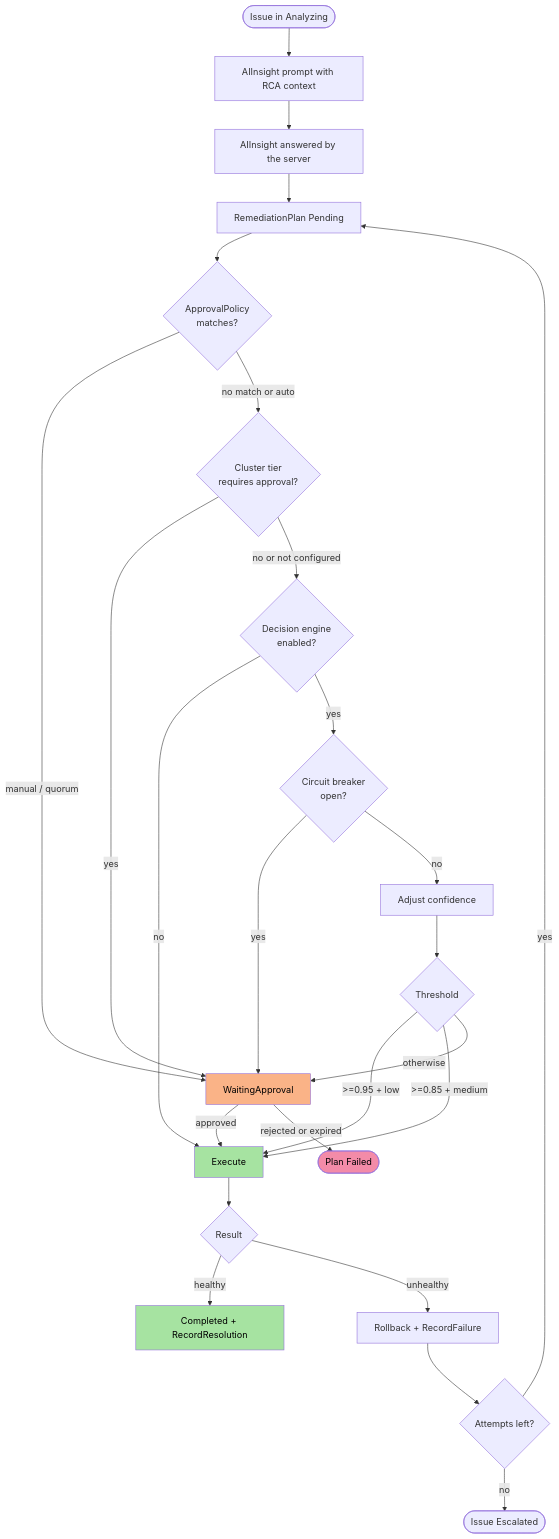
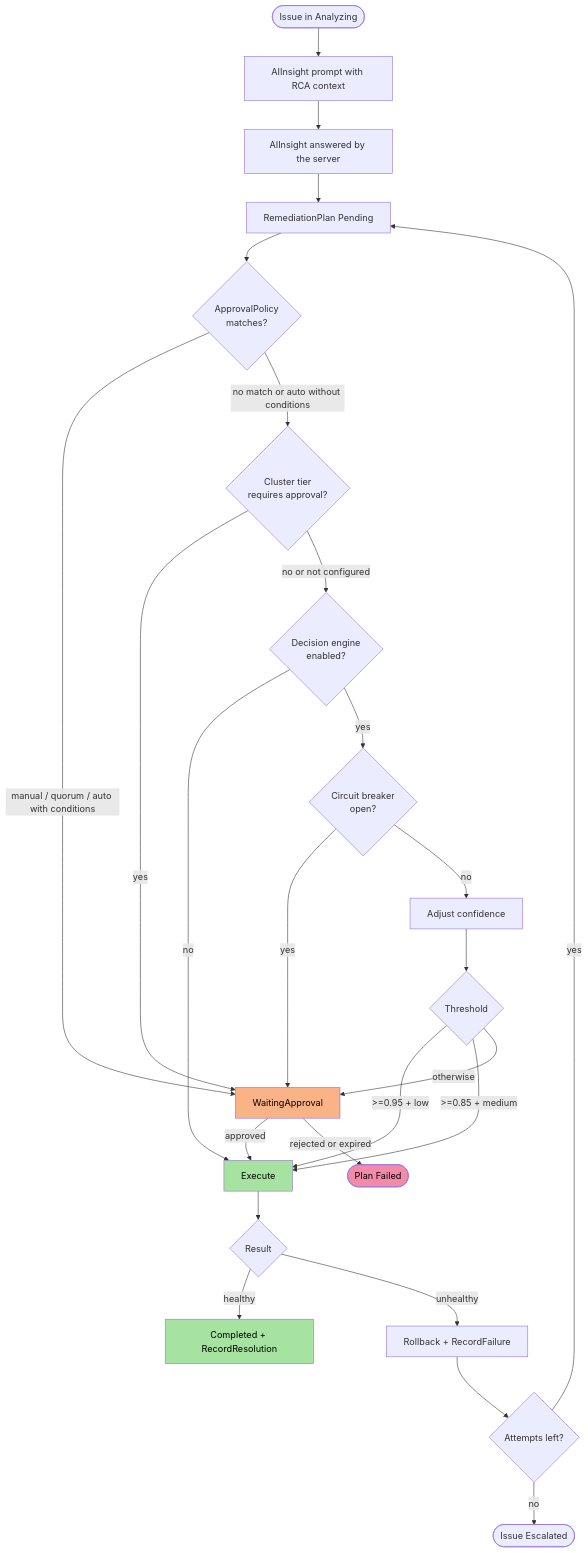
One commit to diillson/chatcli.ai changed the second of 2 diagrams in features/aiops/decision-engine.mdx. Above: the diagram before and after it, drawn with Mermaid. The commit also changed other lines of this file and 105 other files, not shown here.

````diff
--- a/features/aiops/decision-engine.mdx
+++ b/features/aiops/decision-engine.mdx
@@ -417,31 +417,31 @@
 ```mermaid
 flowchart TD
     START([Issue in Analyzing]) --> RCA[AIInsight prompt with RCA context]
     RCA --> INSIGHT[AIInsight answered by the server]
     INSIGHT --> PLAN[RemediationPlan Pending]
     PLAN --> POLICY{ApprovalPolicy<br/>matches?}
-    POLICY -->|manual / quorum| PARK[WaitingApproval]
-    POLICY -->|no match or auto| TIER{Cluster tier<br/>requires approval?}
+    POLICY -->|manual / quorum / auto with conditions| PARK[WaitingApproval]
+    POLICY -->|no match or auto without conditions| TIER{Cluster tier<br/>requires approval?}
     TIER -->|yes| PARK
     TIER -->|no or not configured| ENGINE{Decision engine<br/>enabled?}
     ENGINE -->|no| EXEC[Execute]
     ENGINE -->|yes| CB{Circuit breaker<br/>open?}
     CB -->|yes| PARK
     CB -->|no| CALC[Adjust confidence]
     CALC --> THRESHOLD{Threshold}
     THRESHOLD -->|>=0.95 + low| EXEC
     THRESHOLD -->|>=0.85 + medium| EXEC
     THRESHOLD -->|otherwise| PARK
     PARK -->|approved| EXEC
     PARK -->|rejected or expired| FAIL([Plan Failed])
     EXEC --> RESULT{Result}
     RESULT -->|healthy| OK[Completed + RecordResolution]
     RESULT -->|unhealthy| RB[Rollback + RecordFailure]
     RB --> RETRY{Attempts left?}
     RETRY -->|yes| PLAN
     RETRY -->|no| ESC([Issue Escalated])
     style EXEC fill:#a6e3a1,color:#000
     style PARK fill:#fab387,color:#000
     style FAIL fill:#f38ba8,color:#000
     style OK fill:#a6e3a1,color:#000
 ```
````
